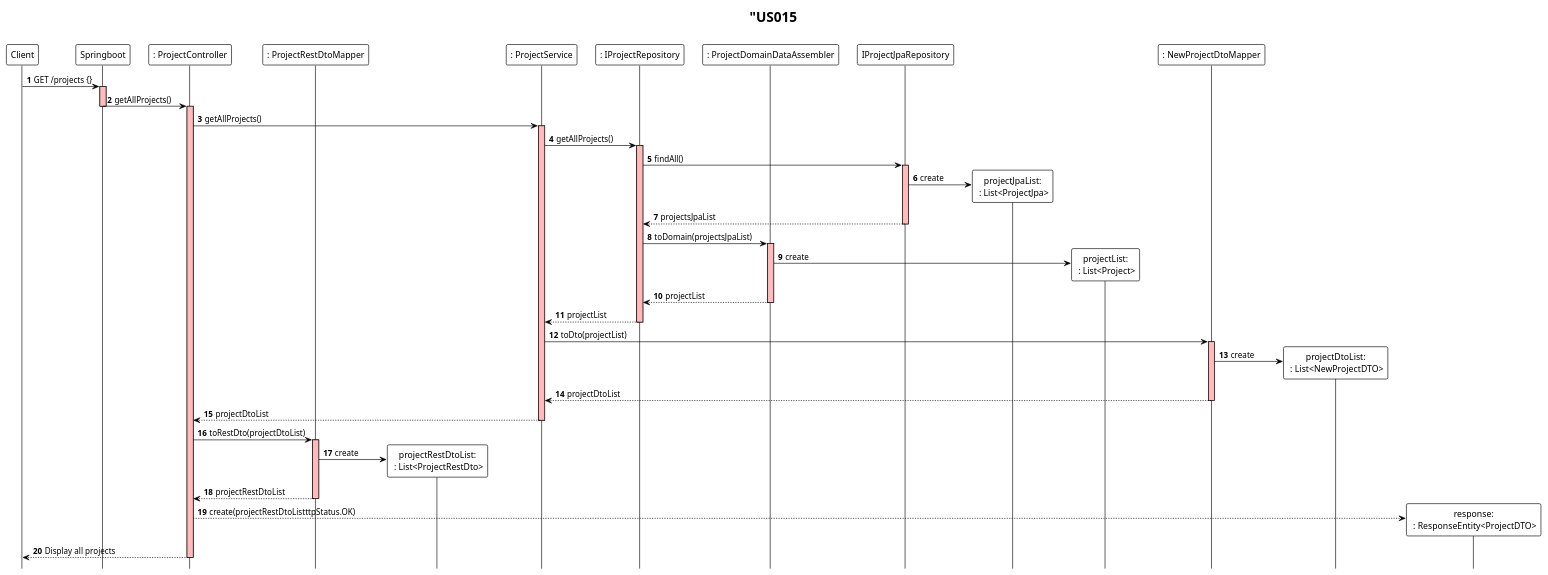
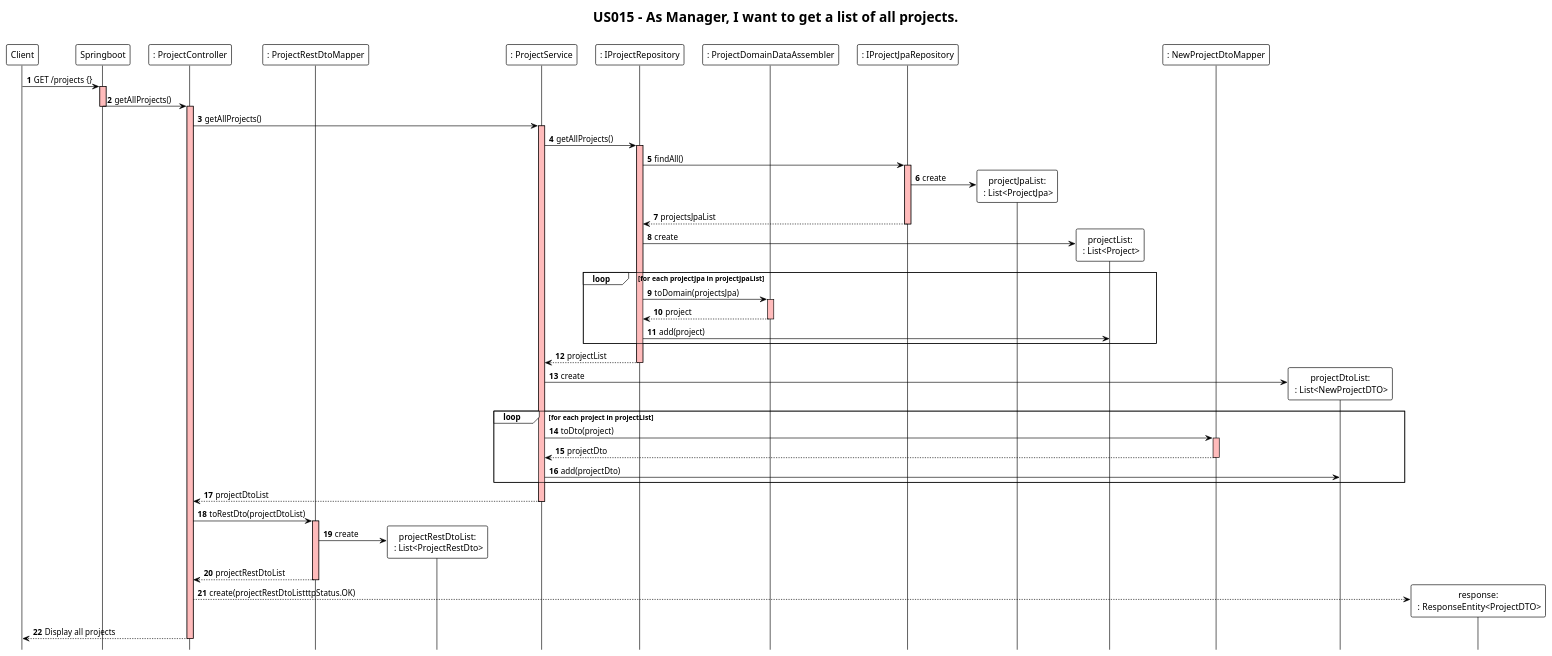
One commit to ivo-menezes/project_g3 changed the diagram in docs/modelling_design/user_stories/us015/US015_ListAllProjectsSD.puml. Above: the diagram before and after it, drawn with PlantUML. The commit also changed 1 other file, not shown here.

```diff
--- a/docs/modelling_design/user_stories/us015/US015_ListAllProjectsSD.puml
+++ b/docs/modelling_design/user_stories/us015/US015_ListAllProjectsSD.puml
@@ -1,82 +1,91 @@
 @startuml
 !theme plain
 hide footbox
 autonumber
 skinparam sequence {
 LifeLineBackgroundColor #FFBBBB
 }
-title "US015
+title "US015 - As Manager, I want to get a list of all projects."
 
 participant Client
 participant Springboot
 'participant "restDto : ProjectRestDto" as DTOin
 participant ": ProjectController" as Controller
 participant ": ProjectRestDtoMapper" as Mapper
 participant "projectRestDtoList:\n : List<ProjectRestDto>" as projectRestDtoList
 participant ": ProjectService" as Service
 participant ": IProjectRepository" as ProjRepository
 participant ": ProjectDomainDataAssembler" as Assembler
-participant "IProjectJpaRepository" as ProjectJpaRepository
+participant ": IProjectJpaRepository" as ProjectJpaRepository
 participant "projectJpaList:\n : List<ProjectJpa>" as projectJpaList
 participant "projectList:\n : List<Project>" as projectList
 participant ": NewProjectDtoMapper" as NewMapper
 participant "projectDtoList:\n : List<NewProjectDTO>" as projectDtoList
 participant "response:\n : ResponseEntity<ProjectDTO>" as response
 
 
 Client ->  Springboot: GET /projects {}
 activate Springboot
 Springboot -> Controller: getAllProjects()
 deactivate Springboot
 activate Controller
 
 Controller -> Service: getAllProjects()
 activate Service
 
 'Saving in the JpaRepository
 Service -> ProjRepository : getAllProjects()
 activate ProjRepository
 
 ProjRepository -> ProjectJpaRepository : findAll()
 activate ProjectJpaRepository
 
 ProjectJpaRepository -> projectJpaList ** : create
 
 ProjectJpaRepository --> ProjRepository : projectsJpaList
 deactivate ProjectJpaRepository
 
-ProjRepository -> Assembler : toDomain(projectsJpaList)
+ProjRepository -> projectList ** : create
+loop for each projectJpa in projectJpaList
+ProjRepository -> Assembler : toDomain(projectsJpa)
 activate Assembler
+Assembler --> ProjRepository: project
+deactivate Assembler
+ProjRepository -> projectList: add(project)
+end
 
-Assembler -> projectList ** : create
-Assembler --> ProjRepository: projectList
 deactivate Assembler
 
 deactivate Assembler
 
 ProjRepository --> Service: projectList
 deactivate ProjRepository
 
-Service -> NewMapper: toDto(projectList)
+Service -> projectDtoList ** : create
+
+loop for each project in projectList
+Service -> NewMapper: toDto(project)
 activate NewMapper
-NewMapper -> projectDtoList ** : create
 
-NewMapper --> Service: projectDtoList
+NewMapper --> Service: projectDto
 deactivate NewMapper
+Service -> projectDtoList: add(projectDto)
+
+end loop
 
 Service --> Controller : projectDtoList
 deactivate Service
 
 Controller -> Mapper: toRestDto(projectDtoList)
 activate Mapper
 
 Mapper -> projectRestDtoList ** : create
 
 Mapper --> Controller: projectRestDtoList
 deactivate Mapper
 
 Controller --> response ** : create(projectRestDtoListttpStatus.OK)
 Controller --> Client : Display all projects
 deactivate Controller
 
 @enduml
```
